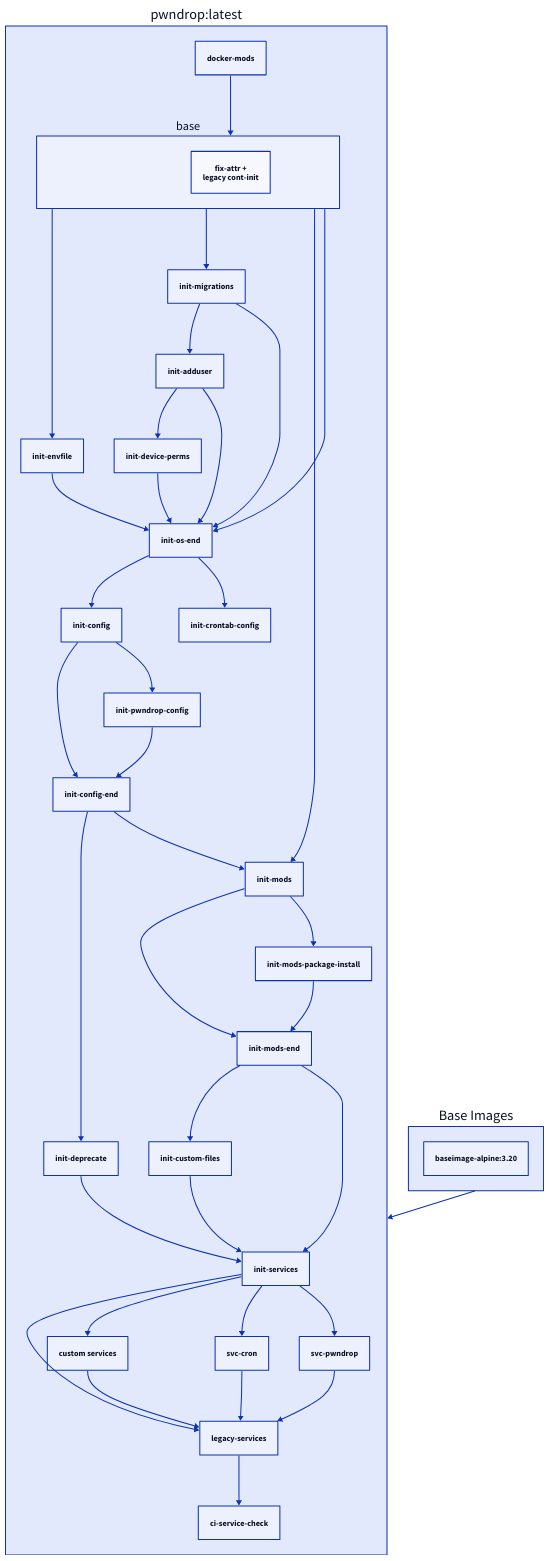
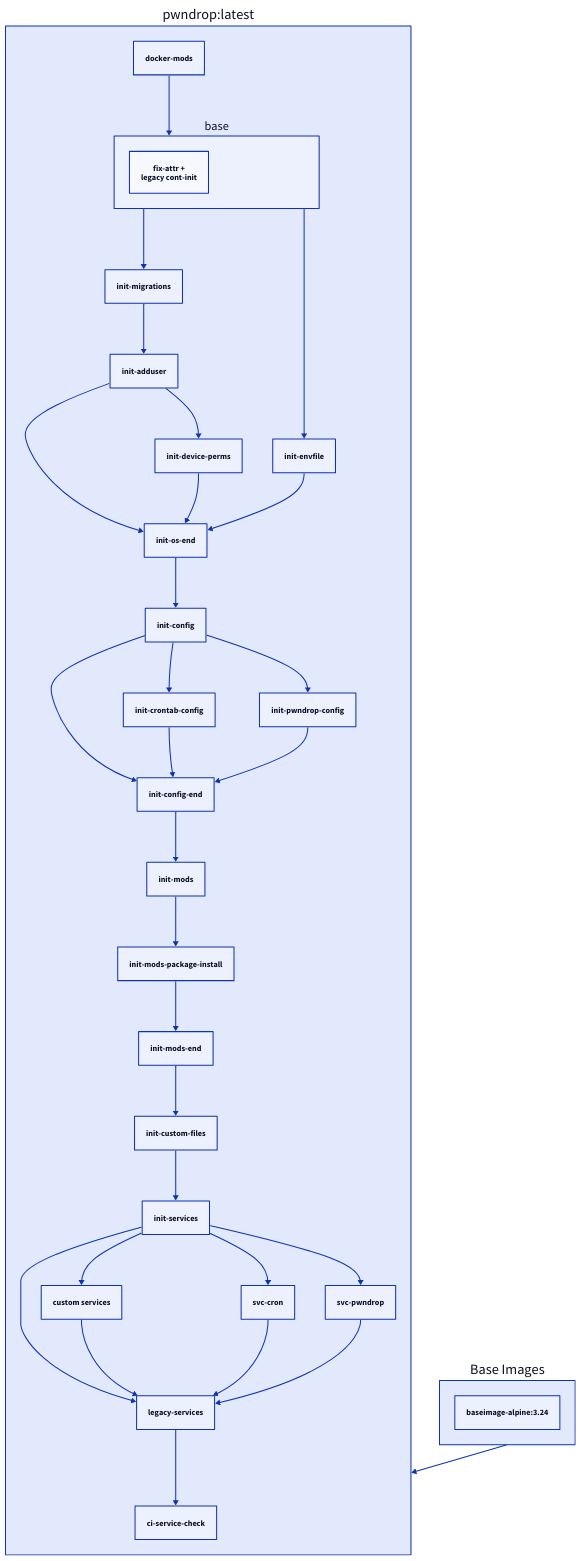
Before and after one commit to linuxserver/docker-documentation: the diagram in docs/images/docker-pwndrop.md, drawn with D2. The commit also changed other lines of this file, not shown here.

Commit message:
Bot Updating Documentation

````diff
--- a/docs/images/docker-pwndrop.md
+++ b/docs/images/docker-pwndrop.md
@@ -277,47 +277,41 @@
     ```d2
     "pwndrop:latest": {
       docker-mods
       base {
         fix-attr +\nlegacy cont-init
       }
       docker-mods -> base
       legacy-services
       custom services
       init-services -> legacy-services
       init-services -> custom services
       custom services -> legacy-services
       legacy-services -> ci-service-check
       init-migrations -> init-adduser
       init-os-end -> init-config
       init-config -> init-config-end
+      init-crontab-config -> init-config-end
       init-pwndrop-config -> init-config-end
-      init-os-end -> init-crontab-config
+      init-config -> init-crontab-config
       init-mods-end -> init-custom-files
-      init-config-end -> init-deprecate
       init-adduser -> init-device-perms
       base -> init-envfile
       base -> init-migrations
-      base -> init-mods
       init-config-end -> init-mods
-      init-mods -> init-mods-end
       init-mods-package-install -> init-mods-end
       init-mods -> init-mods-package-install
-      base -> init-os-end
       init-adduser -> init-os-end
       init-device-perms -> init-os-end
       init-envfile -> init-os-end
-      init-migrations -> init-os-end
       init-config -> init-pwndrop-config
       init-custom-files -> init-services
-      init-deprecate -> init-services
-      init-mods-end -> init-services
       init-services -> svc-cron
       svc-cron -> legacy-services
       init-services -> svc-pwndrop
       svc-pwndrop -> legacy-services
     }
     Base Images: {
-      "baseimage-alpine:3.20"
+      "baseimage-alpine:3.24"
     }
     "pwndrop:latest" <- Base Images
     ```
````
